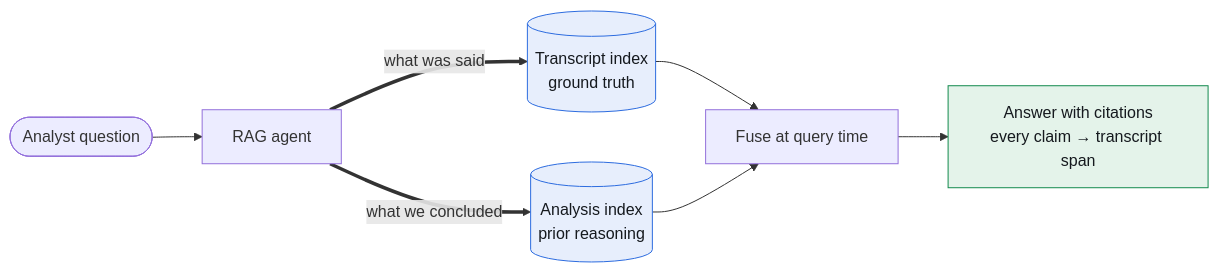
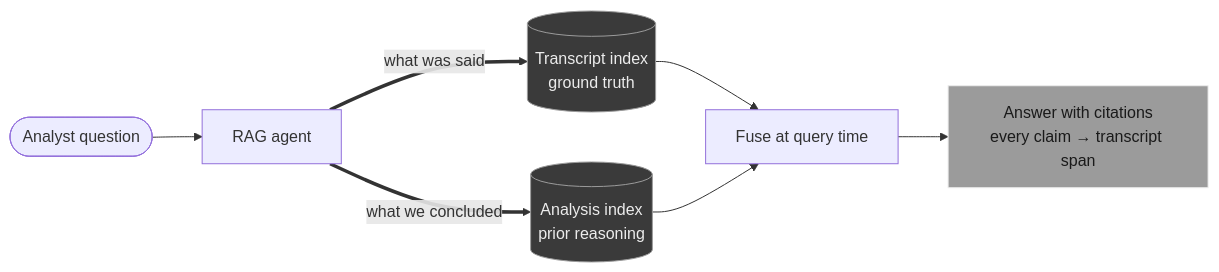
Before and after one commit to jpaladini/jpaladini: the diagram in src/content/blog/call-intelligence-lakehouse.md, drawn with Mermaid. The commit also changed other lines of this file and 7 other files, not shown here.

First line of the commit message:
Fix diagram error, grey diagram palette, home diagram scroll, service dates

````diff
--- a/src/content/blog/call-intelligence-lakehouse.md
+++ b/src/content/blog/call-intelligence-lakehouse.md
@@ -43,14 +43,14 @@
 ```mermaid
 flowchart LR
   Q([Analyst question]) --> AG[RAG agent]
   AG == "what was said" ==> TI[(Transcript index<br/>ground truth)]
   AG == "what we concluded" ==> AI[(Analysis index<br/>prior reasoning)]
   TI --> F[Fuse at query time]
   AI --> F
   F --> ANS[Answer with citations<br/>every claim → transcript span]
 
-  classDef idx fill:#E7EEFC,stroke:#2D6CDF,color:#15191E;
-  classDef out fill:#E4F3EA,stroke:#138A4E,color:#15191E;
+  classDef idx fill:#3a3a3a,stroke:#9b9b9b,color:#ececec;
+  classDef out fill:#9b9b9b,stroke:#ececec,color:#1a1a1a;
   class TI,AI idx;
   class ANS out;
 ```
````
